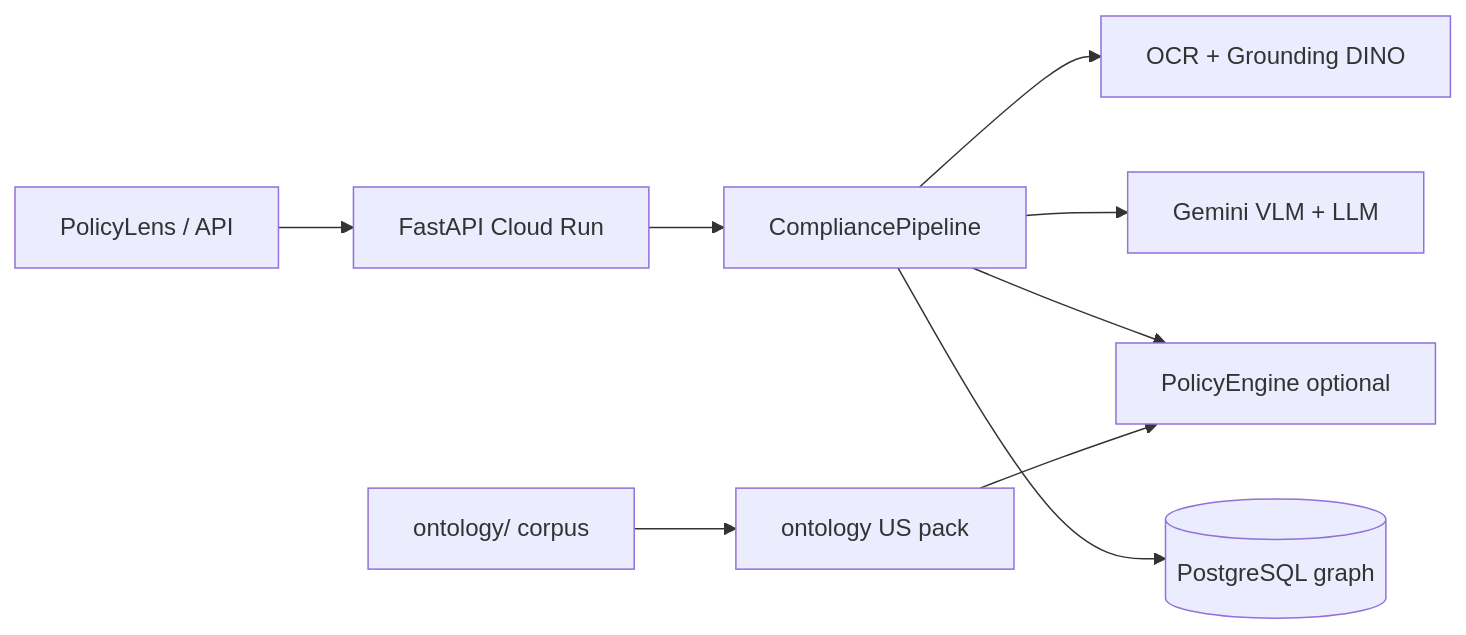
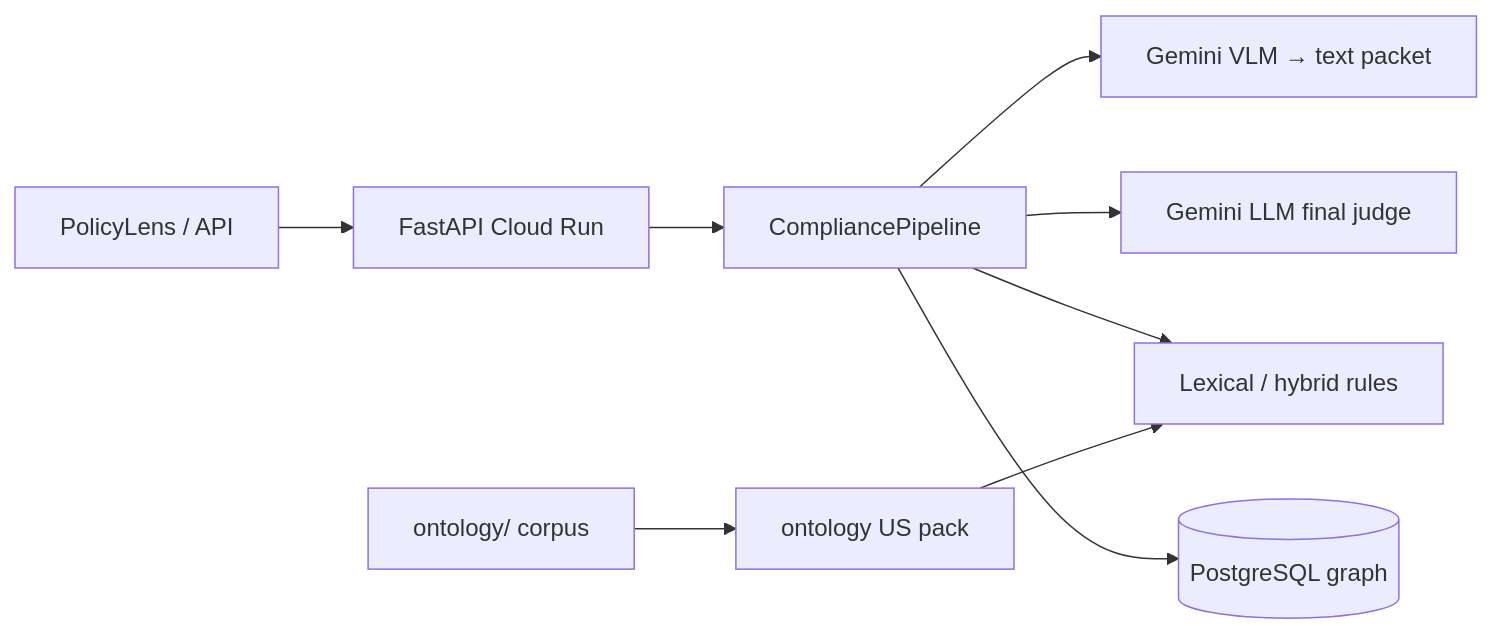
One commit to gramticsportal/zetaone changed the first of 2 diagrams in docs/COFOUNDER_BRIEF.md. Above: the diagram before and after it, drawn with Mermaid. The commit also changed other lines of this file and 46 other files, not shown here.

First line of the commit message:
feat: VLM-primary images, hybrid lexical engine, demote OCR/DINO/NLP

````diff
--- a/docs/COFOUNDER_BRIEF.md
+++ b/docs/COFOUNDER_BRIEF.md
@@ -27,11 +27,11 @@
 ```mermaid
 flowchart LR
   UI["PolicyLens / API"] --> API["FastAPI Cloud Run"]
   API --> P["CompliancePipeline"]
-  P --> X["OCR + Grounding DINO"]
-  P --> G["Gemini VLM + LLM"]
-  P --> E["PolicyEngine optional"]
+  P --> X["Gemini VLM → text packet"]
+  P --> G["Gemini LLM final judge"]
+  P --> E["Lexical / hybrid rules"]
   P --> DB[("PostgreSQL graph")]
   YAML["ontology US pack"] --> E
   ONT["ontology/ corpus"] --> YAML
 ```
````
